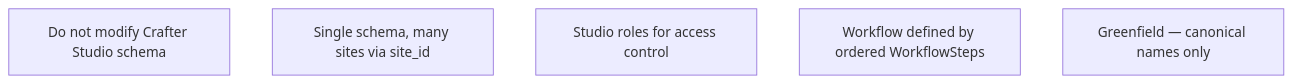
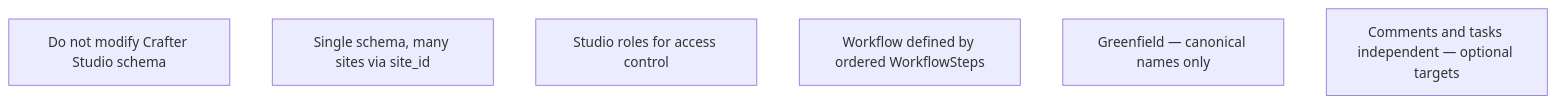
One commit to russdanner/plugin-studio-workflow changed the first of 2 diagrams in docs/README.md. Above: the diagram before and after it, drawn with Mermaid. The commit also changed other lines of this file and 7 other files, not shown here.

````diff
--- a/docs/README.md
+++ b/docs/README.md
@@ -28,8 +29,9 @@
 ```mermaid
 flowchart TB
     P1[Do not modify Crafter Studio schema]
     P2[Single schema, many sites via site_id]
     P3[Studio roles for access control]
     P4[Workflow defined by ordered WorkflowSteps]
     P5[Greenfield — canonical names only]
+    P6[Comments and tasks independent — optional targets]
 ```
````
